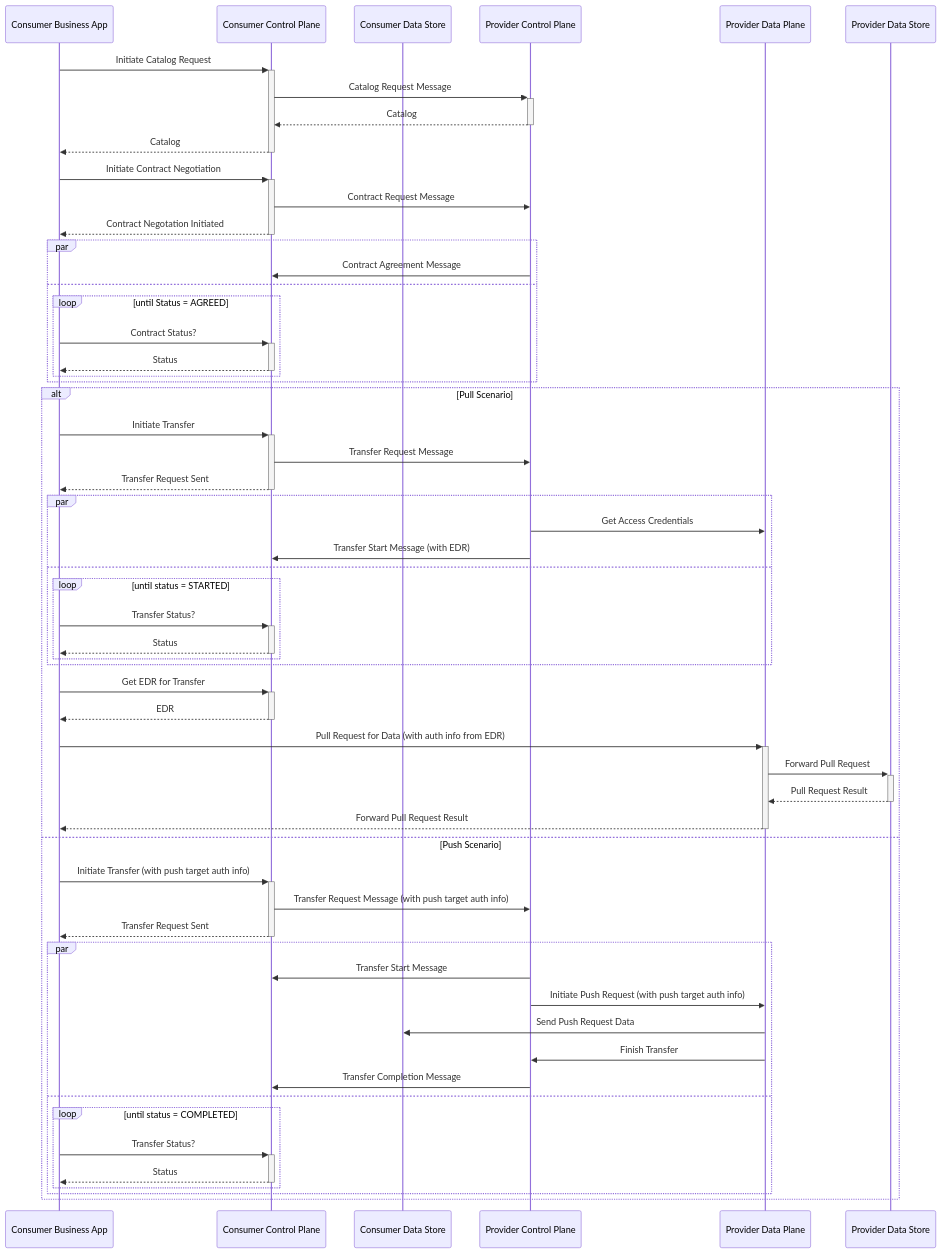
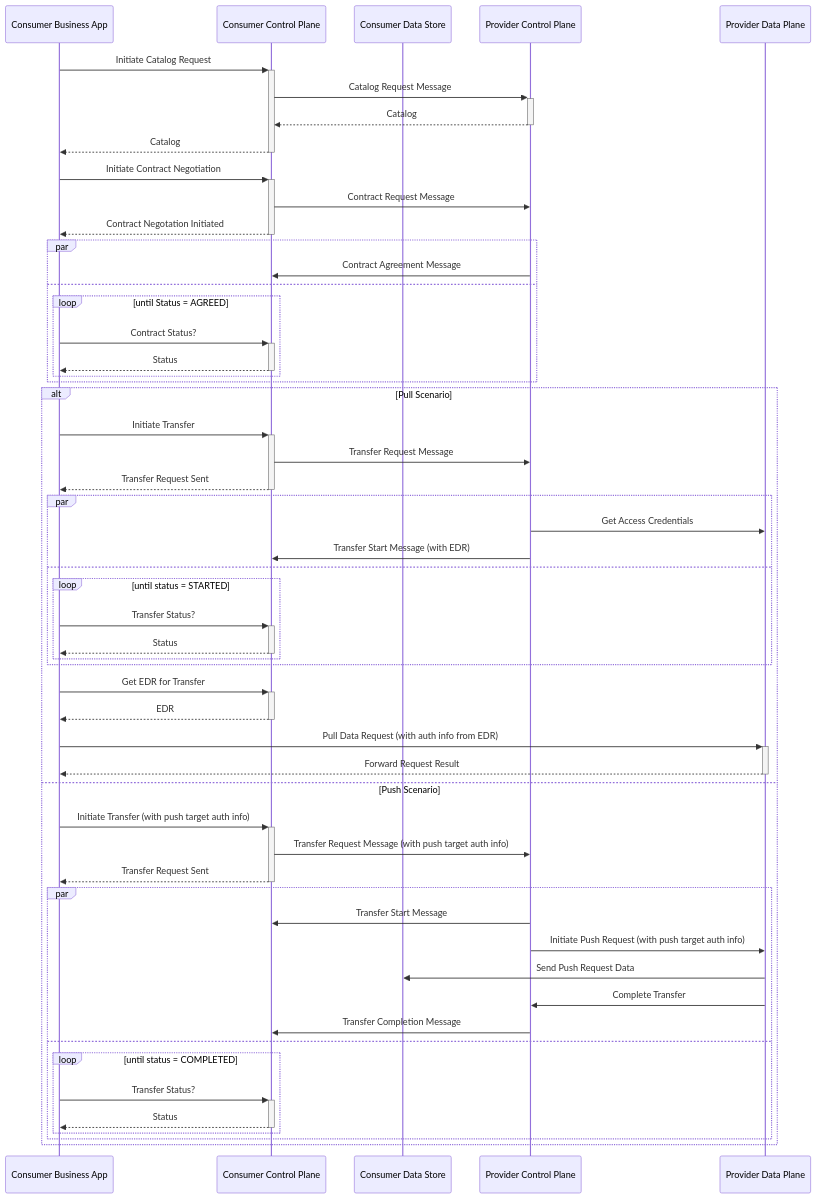
Before and after one commit to eclipse-tractusx/eclipse-tractusx.github.io: the diagram in docs-kits/kits/connector-kit/software-development-view/architecture.md, drawn with Mermaid. The commit also changed other lines of this file and 2 other files, not shown here.

Commit message:
New architecture view

````diff
--- a/docs-kits/kits/connector-kit/software-development-view/architecture.md
+++ b/docs-kits/kits/connector-kit/software-development-view/architecture.md
@@ -27,68 +26,65 @@
 ```mermaid
 sequenceDiagram
 
 participant cba as Consumer Business App
     participant ccp as Consumer Control Plane
     participant cds as Consumer Data Store
     participant pcp as Provider Control Plane
     participant pdp as Provider Data Plane
-    participant pds as Provider Data Store
 
     cba->>+ccp: Initiate Catalog Request
     ccp->>+pcp: Catalog Request Message
     pcp-->>-ccp: Catalog
     ccp-->>-cba: Catalog
 
     cba->>+ccp: Initiate Contract Negotiation
     ccp->>pcp: Contract Request Message
     ccp-->>-cba: Contract Negotation Initiated
     par
       pcp->>ccp: Contract Agreement Message
     and
       loop until Status = AGREED
         cba->>+ccp: Contract Status?
         ccp-->>-cba: Status
       end
     end
 
     alt Pull Scenario
       cba->>+ccp: Initiate Transfer
       ccp->>pcp: Transfer Request Message
       ccp-->>-cba: Transfer Request Sent
 
       par
         pcp->>pdp: Get Access Credentials
         pcp->>ccp: Transfer Start Message (with EDR)
       and
         loop until status = STARTED
           cba->>+ccp: Transfer Status?
           ccp-->>-cba: Status
         end
       end
 
       cba->>+ccp: Get EDR for Transfer
       ccp-->>-cba: EDR
 
-      cba->>+pdp: Pull Request for Data (with auth info from EDR)
-      pdp->>+pds: Forward Pull Request
-      pds-->>-pdp: Pull Request Result
-      pdp-->>-cba: Forward Pull Request Result
+      cba->>+pdp: Pull Data Request (with auth info from EDR)
+      pdp-->>-cba: Forward Request Result
     else Push Scenario
       cba->>+ccp: Initiate Transfer (with push target auth info)
       ccp->>pcp: Transfer Request Message (with push target auth info)
       ccp-->>-cba: Transfer Request Sent
 
       par
         pcp->>ccp: Transfer Start Message
         pcp->>pdp: Initiate Push Request (with push target auth info)
         pdp->>cds: Send Push Request Data
-        pdp->>pcp: Finish Transfer
+        pdp->>pcp: Complete Transfer
         pcp->>ccp: Transfer Completion Message
       and
         loop until status = COMPLETED
           cba->>+ccp: Transfer Status?
           ccp-->>-cba: Status
         end
       end
     end
 ```
````
